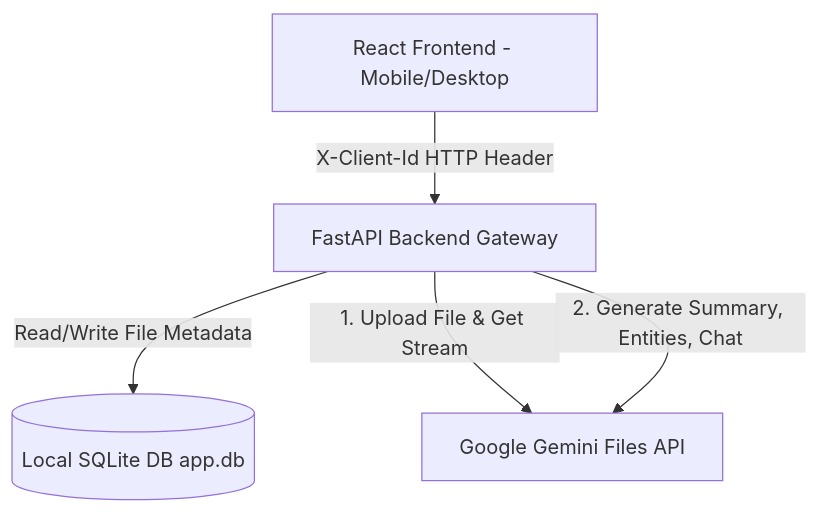
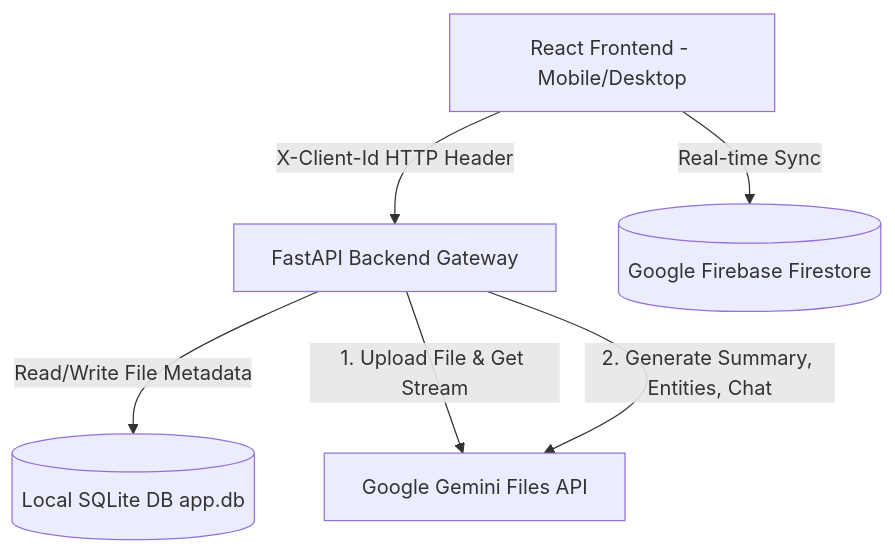
One commit to ananduep93/IBM-Project- changed the diagram in PROJECT_REPORT.md. Above: the diagram before and after it, drawn with Mermaid. The commit also changed other lines of this file and 1 other file, not shown here.

Commit message:
Update project report and concept note documents to include Firebase Auth and Firestore self-healing sync

````diff
--- a/PROJECT_REPORT.md
+++ b/PROJECT_REPORT.md
@@ -31,7 +32,8 @@
 ```mermaid
 graph TD
     Client[React Frontend - Mobile/Desktop] -->|X-Client-Id HTTP Header| API[FastAPI Backend Gateway]
+    Client -->|Real-time Sync| Firestore[(Google Firebase Firestore)]
     API -->|Read/Write File Metadata| DB[(Local SQLite DB app.db)]
     API -->|1. Upload File & Get Stream| Gemini[Google Gemini Files API]
     API -->|2. Generate Summary, Entities, Chat| Gemini
 ```
````
